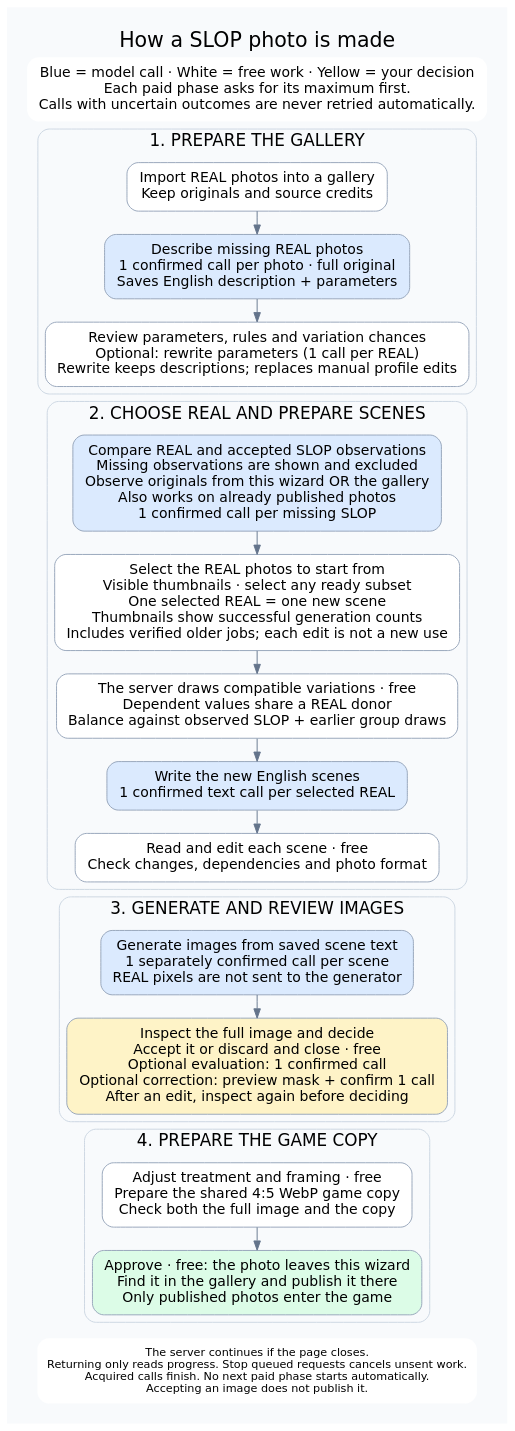
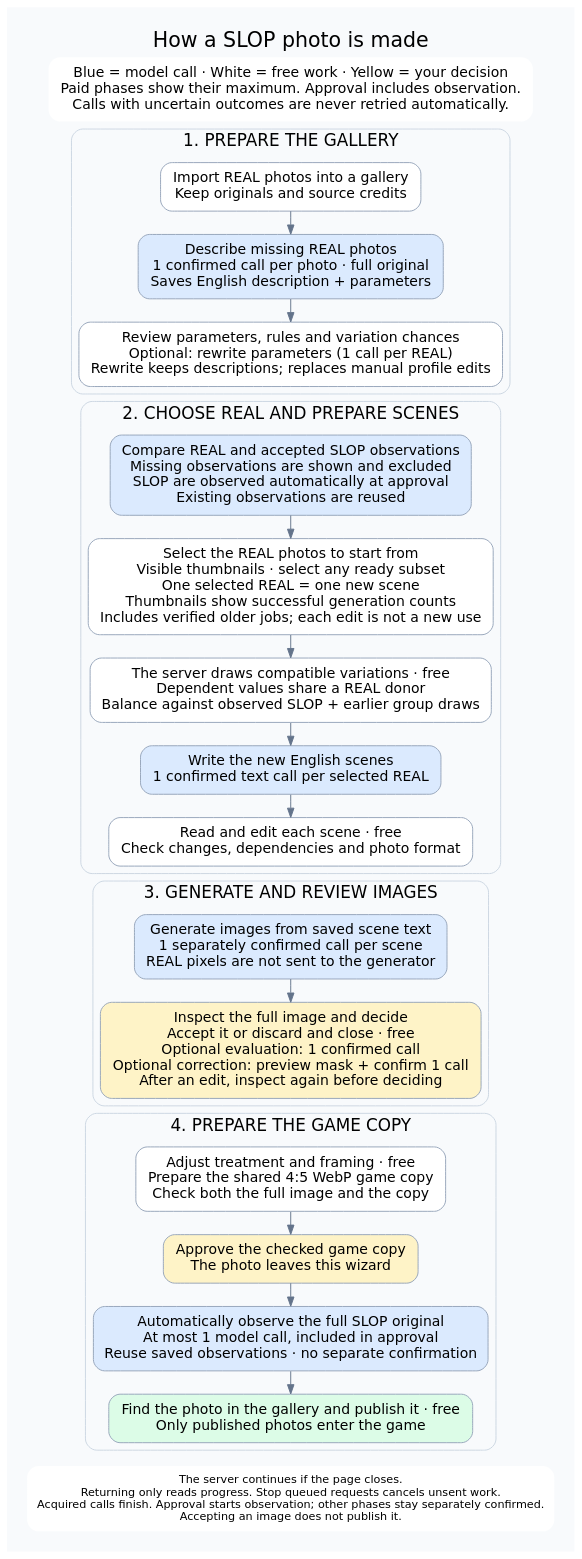
Before and after one commit to rickymusu-bit/real-or-slop: the diagram in docs/assets/pipeline-slop.dot, drawn with Graphviz. The commit also changed 20 other files, not shown here.

Commit message:
Observe SLOP automatically on approval without dedicated controls

```diff
--- a/docs/assets/pipeline-slop.dot
+++ b/docs/assets/pipeline-slop.dot
@@ -1,37 +1,39 @@
 digraph pipeline {
  graph [rankdir=TB,bgcolor="#f8fafc",pad="0.3",nodesep="0.3",ranksep="0.35",fontname="DejaVu Sans",fontsize=22,label="How a SLOP photo is made",labelloc=t,compound=true];
  node [shape=box,style="rounded,filled",fillcolor=white,color="#94a3b8",fontname="DejaVu Sans",fontsize=15,margin="0.18,0.12"];
  edge [color="#64748b",fontname="DejaVu Sans",fontsize=12];
- legend [shape=plaintext,label="Blue = model call · White = free work · Yellow = your decision\nEach paid phase asks for its maximum first.\nCalls with uncertain outcomes are never retried automatically."];
+ legend [shape=plaintext,label="Blue = model call · White = free work · Yellow = your decision\nPaid phases show their maximum. Approval includes observation.\nCalls with uncertain outcomes are never retried automatically."];
  subgraph cluster_prepare {
   label="1. PREPARE THE GALLERY"; color="#cbd5e1"; style=rounded; fontsize=18;
   real [label="Import REAL photos into a gallery\nKeep originals and source credits"];
   describe [label="Describe missing REAL photos\n1 confirmed call per photo · full original\nSaves English description + parameters",fillcolor="#dbeafe"];
   settings [label="Review parameters, rules and variation chances\nOptional: rewrite parameters (1 call per REAL)\nRewrite keeps descriptions; replaces manual profile edits"];
   real -> describe -> settings;
  }
  subgraph cluster_choose {
   label="2. CHOOSE REAL AND PREPARE SCENES";color="#cbd5e1";style=rounded;fontsize=18;
   choose [label="Select the REAL photos to start from\nVisible thumbnails · select any ready subset\nOne selected REAL = one new scene\nThumbnails show successful generation counts\nIncludes verified older jobs; each edit is not a new use"];
-  coverage [label="Compare REAL and accepted SLOP observations\nMissing observations are shown and excluded\nObserve originals from this wizard OR the gallery\nAlso works on already published photos\n1 confirmed call per missing SLOP",fillcolor="#dbeafe"];
+  coverage [label="Compare REAL and accepted SLOP observations\nMissing observations are shown and excluded\nSLOP are observed automatically at approval\nExisting observations are reused",fillcolor="#dbeafe"];
   draw [label="The server draws compatible variations · free\nDependent values share a REAL donor\nBalance against observed SLOP + earlier group draws"];
   scene [label="Write the new English scenes\n1 confirmed text call per selected REAL",fillcolor="#dbeafe"];
   review [label="Read and edit each scene · free\nCheck changes, dependencies and photo format"];
   coverage -> choose -> draw -> scene -> review;
  }
  subgraph cluster_images {
   label="3. GENERATE AND REVIEW IMAGES";color="#cbd5e1";style=rounded;fontsize=18;
   generate [label="Generate images from saved scene text\n1 separately confirmed call per scene\nREAL pixels are not sent to the generator",fillcolor="#dbeafe"];
   inspect [label="Inspect the full image and decide\nAccept it or discard and close · free\nOptional evaluation: 1 confirmed call\nOptional correction: preview mask + confirm 1 call\nAfter an edit, inspect again before deciding",fillcolor="#fef3c7"];
   generate -> inspect;
 
  }
  subgraph cluster_finish {
   label="4. PREPARE THE GAME COPY";color="#cbd5e1";style=rounded;fontsize=18;
   copy [label="Adjust treatment and framing · free\nPrepare the shared 4:5 WebP game copy\nCheck both the full image and the copy"];
-  publish [label="Approve · free: the photo leaves this wizard\nFind it in the gallery and publish it there\nOnly published photos enter the game",fillcolor="#dcfce7"];
-  copy -> publish;
+  approve [label="Approve the checked game copy\nThe photo leaves this wizard",fillcolor="#fef3c7"];
+  observe [label="Automatically observe the full SLOP original\nAt most 1 model call, included in approval\nReuse saved observations · no separate confirmation",fillcolor="#dbeafe"];
+  publish [label="Find the photo in the gallery and publish it · free\nOnly published photos enter the game",fillcolor="#dcfce7"];
+  copy -> approve -> observe -> publish;
  }
- notes [shape=plaintext,fontsize=12,label="The server continues if the page closes.\nReturning only reads progress. Stop queued requests cancels unsent work.\nAcquired calls finish. No next paid phase starts automatically.\nAccepting an image does not publish it."];
+ notes [shape=plaintext,fontsize=12,label="The server continues if the page closes.\nReturning only reads progress. Stop queued requests cancels unsent work.\nAcquired calls finish. Approval starts observation; other phases stay separately confirmed.\nAccepting an image does not publish it."];
  legend -> real [style=invis];settings -> coverage [style=invis];review -> generate [style=invis];inspect -> copy [style=invis];publish -> notes [style=invis];
 }
```
